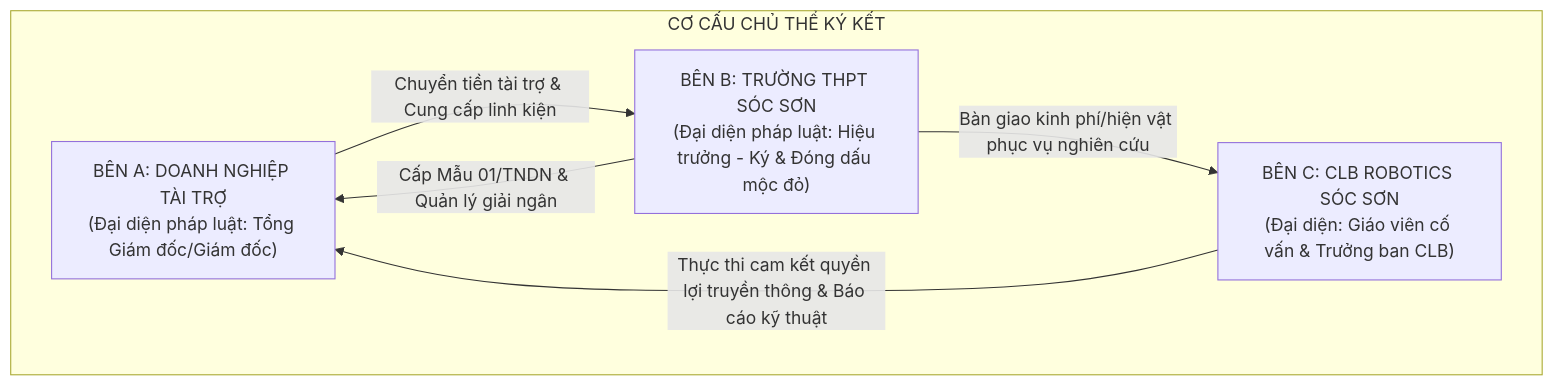
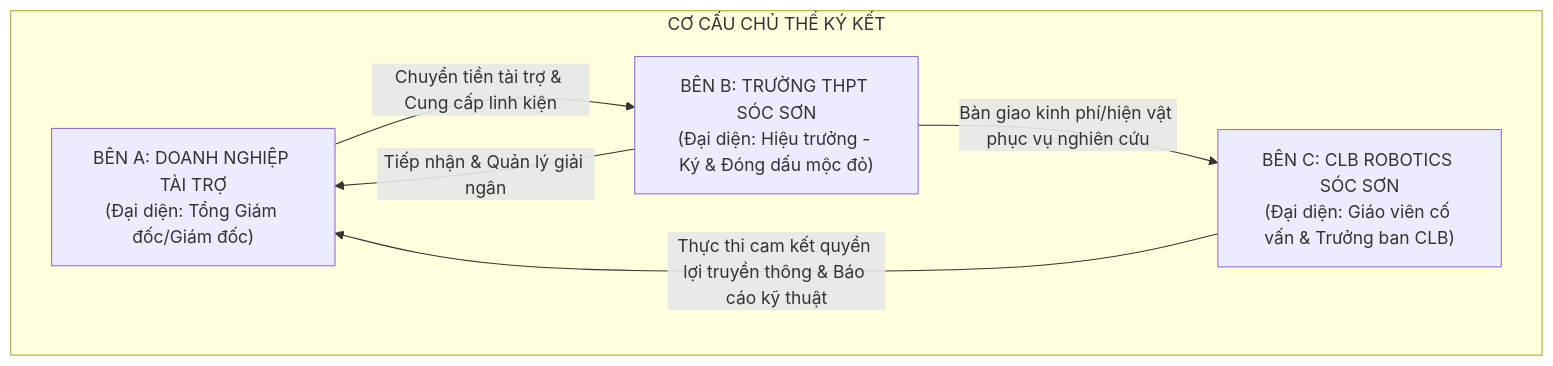
One commit to Minhmice/roboticssocson changed the first of 5 diagrams in docs/campaign-2026-2027/10-support-thanh-toan-phap-ly.md. Above: the diagram before and after it, drawn with Mermaid. The commit also changed other lines of this file and 304 other files, not shown here.

````diff
--- a/docs/campaign-2026-2027/10-support-thanh-toan-phap-ly.md
+++ b/docs/campaign-2026-2027/10-support-thanh-toan-phap-ly.md
@@ -79,12 +17,12 @@
 ```mermaid
 graph TD
     subgraph CƠ CẤU CHỦ THỂ KÝ KẾT
-        B1["BÊN A: DOANH NGHIỆP TÀI TRỢ<br>(Đại diện pháp luật: Tổng Giám đốc/Giám đốc)"]
-        B2["BÊN B: TRƯỜNG THPT SÓC SƠN<br>(Đại diện pháp luật: Hiệu trưởng - Ký & Đóng dấu mộc đỏ)"]
+        B1["BÊN A: DOANH NGHIỆP TÀI TRỢ<br>(Đại diện: Tổng Giám đốc/Giám đốc)"]
+        B2["BÊN B: TRƯỜNG THPT SÓC SƠN<br>(Đại diện: Hiệu trưởng - Ký & Đóng dấu mộc đỏ)"]
         B3["BÊN C: CLB ROBOTICS SÓC SƠN<br>(Đại diện: Giáo viên cố vấn & Trưởng ban CLB)"]
     end
     B1 -->|Chuyển tiền tài trợ & Cung cấp linh kiện| B2
-    B2 -->|Cấp Mẫu 01/TNDN & Quản lý giải ngân| B1
+    B2 -->|Tiếp nhận & Quản lý giải ngân| B1
     B2 -->|Bàn giao kinh phí/hiện vật phục vụ nghiên cứu| B3
     B3 -->|Thực thi cam kết quyền lợi truyền thông & Báo cáo kỹ thuật| B1
 ```
````
